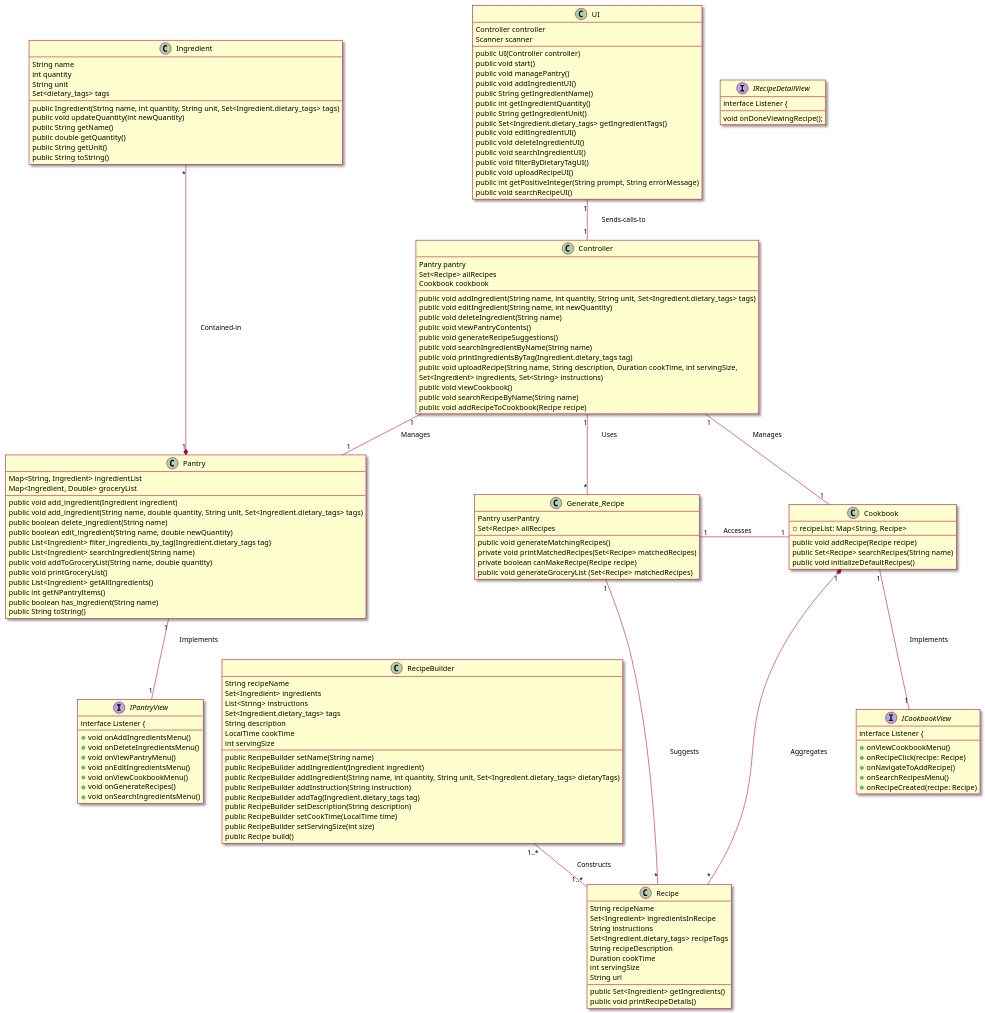
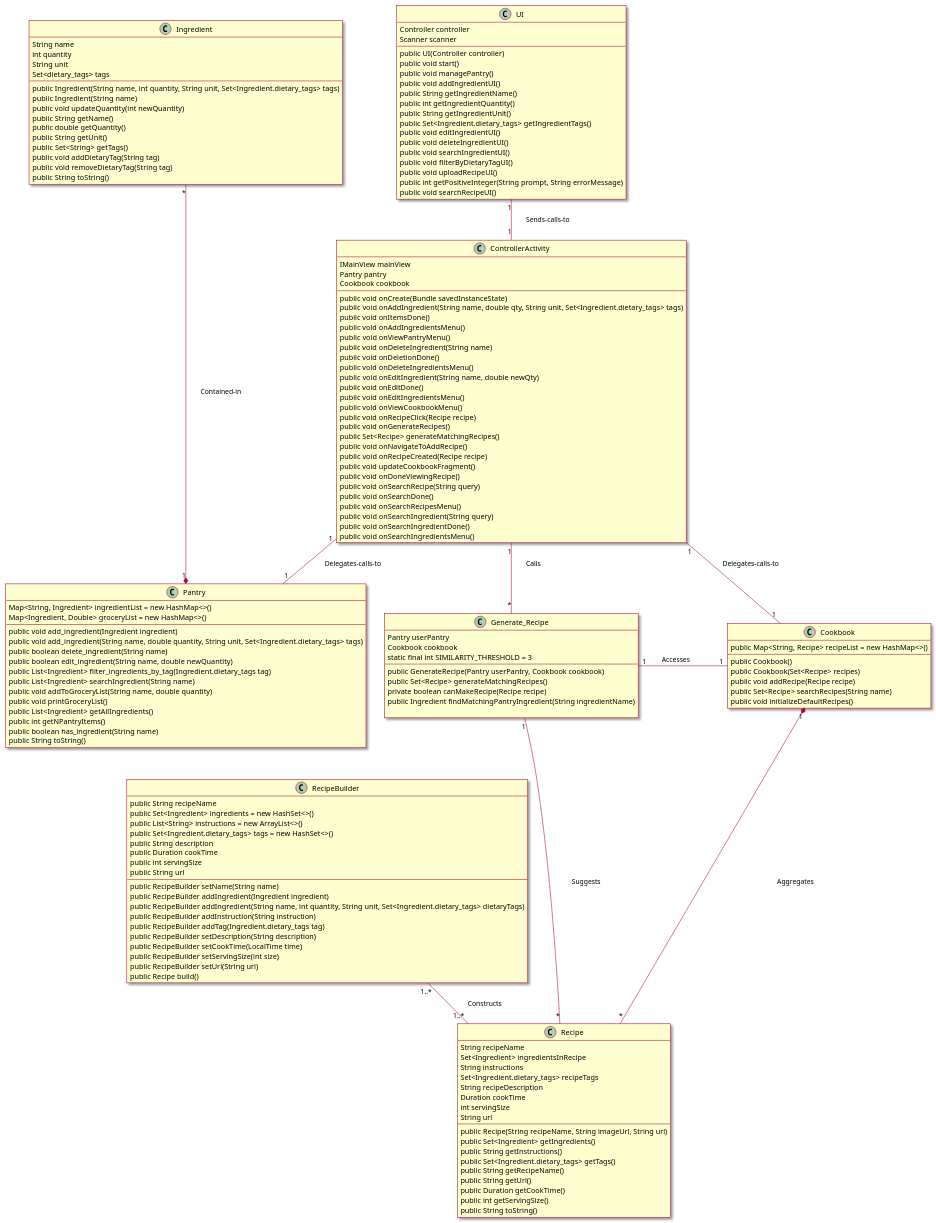
Before and after one commit to berthashipper/Pantry-Pal-Android-Application: the first of 2 diagrams in intellij/doc/class_diagram.md, drawn with PlantUML. The commit also changed other lines of this file and 3 other files, not shown here.

Commit message:
Updated Model-Controller class diagram to reflect code

```diff
--- a/intellij/doc/class_diagram.md
+++ b/intellij/doc/class_diagram.md
@@ -14,16 +14,20 @@
     Set<dietary_tags> tags
     __
     public Ingredient(String name, int quantity, String unit, Set<Ingredient.dietary_tags> tags)
+    public Ingredient(String name)
     public void updateQuantity(int newQuantity)
     public String getName()
     public double getQuantity()
     public String getUnit()
+    public Set<String> getTags()
+    public void addDietaryTag(String tag)
+    public void removeDietaryTag(String tag)
     public String toString()
 }
 
 class Pantry{
-    Map<String, Ingredient> ingredientList
-    Map<Ingredient, Double> groceryList
+    Map<String, Ingredient> ingredientList = new HashMap<>()
+    Map<Ingredient, Double> groceryList = new HashMap<>()
     --
     public void add_ingredient(Ingredient ingredient)
     public void add_ingredient(String name, double quantity, String unit, Set<Ingredient.dietary_tags> tags)
@@ -49,18 +53,26 @@
     int servingSize
     String url
     --
+    public Recipe(String recipeName, String imageUrl, String url)
     public Set<Ingredient> getIngredients()
-    public void printRecipeDetails()
+    public String getInstructions()
+    public Set<Ingredient.dietary_tags> getTags()
+    public String getRecipeName()
+    public String getUrl()
+    public Duration getCookTime()
+    public int getServingSize()
+    public String toString()
 }
 
 class RecipeBuilder{
-    String recipeName
-    Set<Ingredient> ingredients
-    List<String> instructions
-    Set<Ingredient.dietary_tags> tags
-    String description
-    LocalTime cookTime
-    int servingSize
+    public String recipeName
+    public Set<Ingredient> ingredients = new HashSet<>()
+    public List<String> instructions = new ArrayList<>()
+    public Set<Ingredient.dietary_tags> tags = new HashSet<>()
+    public String description
+    public Duration cookTime
+    public int servingSize
+    public String url
     --
     public RecipeBuilder setName(String name)
     public RecipeBuilder addIngredient(Ingredient ingredient)
@@ -70,18 +82,20 @@
     public RecipeBuilder setDescription(String description)
     public RecipeBuilder setCookTime(LocalTime time)
     public RecipeBuilder setServingSize(int size)
+    public RecipeBuilder setUrl(String url)
     public Recipe build()
 }
 
-
 class Generate_Recipe{
     Pantry userPantry
-    Set<Recipe> allRecipes
+    Cookbook cookbook
+    static final int SIMILARITY_THRESHOLD = 3    
     --
-    public void generateMatchingRecipes()
-    private void printMatchedRecipes(Set<Recipe> matchedRecipes)
+    public GenerateRecipe(Pantry userPantry, Cookbook cookbook)
+    public Set<Recipe> generateMatchingRecipes()
     private boolean canMakeRecipe(Recipe recipe)
-    public void generateGroceryList (Set<Recipe> matchedRecipes)
+    public Ingredient findMatchingPantryIngredient(String ingredientName)
+    
 }
 
 class UI {
@@ -105,69 +119,58 @@
     public void searchRecipeUI()
 }
 
-class Controller {
+class ControllerActivity {
+    IMainView mainView
     Pantry pantry
-    Set<Recipe> allRecipes
     Cookbook cookbook
     --
-    public void addIngredient(String name, int quantity, String unit, Set<Ingredient.dietary_tags> tags)
-    public void editIngredient(String name, int newQuantity)
-    public void deleteIngredient(String name)
-    public void viewPantryContents()
-    public void generateRecipeSuggestions()
-    public void searchIngredientByName(String name)
-    public void printIngredientsByTag(Ingredient.dietary_tags tag)
-    public void uploadRecipe(String name, String description, Duration cookTime, int servingSize,
-                              Set<Ingredient> ingredients, Set<String> instructions)
-    public void viewCookbook()
-    public void searchRecipeByName(String name)
-    public void addRecipeToCookbook(Recipe recipe)
+    public void onCreate(Bundle savedInstanceState)
+    public void onAddIngredient(String name, double qty, String unit, Set<Ingredient.dietary_tags> tags)
+    public void onItemsDone()
+    public void onAddIngredientsMenu()
+    public void onViewPantryMenu()
+    public void onDeleteIngredient(String name)
+    public void onDeletionDone()
+    public void onDeleteIngredientsMenu()
+    public void onEditIngredient(String name, double newQty)
+    public void onEditDone()
+    public void onEditIngredientsMenu()
+    public void onViewCookbookMenu()
+    public void onRecipeClick(Recipe recipe)
+    public void onGenerateRecipes()
+    public Set<Recipe> generateMatchingRecipes()
+    public void onNavigateToAddRecipe()
+    public void onRecipeCreated(Recipe recipe)
+    public void updateCookbookFragment()
+    public void onDoneViewingRecipe()
+    public void onSearchRecipe(String query)
+    public void onSearchDone()
+    public void onSearchRecipesMenu()
+    public void onSearchIngredient(String query)
+    public void onSearchIngredientDone()
+    public void onSearchIngredientsMenu()
 }
 
 class Cookbook {
-    - recipeList: Map<String, Recipe>
+    public Map<String, Recipe> recipeList = new HashMap<>()
     --
+    public Cookbook()
+    public Cookbook(Set<Recipe> recipes)
     public void addRecipe(Recipe recipe)
     public Set<Recipe> searchRecipes(String name)
     public void initializeDefaultRecipes()
 }
 
-interface IPantryView {
-interface Listener {
-        + void onAddIngredientsMenu()
-        + void onDeleteIngredientsMenu()
-        + void onViewPantryMenu()
-        + void onEditIngredientsMenu()
-        + void onViewCookbookMenu()
-        + void onGenerateRecipes()
-        + void onSearchIngredientsMenu()    
-}
-
-interface ICookbookView {
-    interface Listener {
-        +onViewCookbookMenu()
-        +onRecipeClick(recipe: Recipe)
-        +onNavigateToAddRecipe()
-        +onSearchRecipesMenu()
-        +onRecipeCreated(recipe: Recipe)
-}
-
-interface IRecipeDetailView {
-    interface Listener {
-        void onDoneViewingRecipe();
-}
     
     
 ' associations
-UI "1" -down- "1" Controller : \tSends-calls-to\t\t
+UI "1" -down- "1" ControllerActivity : \tSends-calls-to\t\t
 
-Controller "1" -right- "*" Generate_Recipe : \tUses\t\t
-Controller "1" -down- "1" Pantry : \tManages\t\t
-Controller "1" -down- "1" Cookbook : \tManages\t\t
+ControllerActivity "1" -right- "*" Generate_Recipe : \tCalls\t\t
+ControllerActivity "1" -down- "1" Pantry : \tDelegates-calls-to\t\t
+ControllerActivity "1" -down- "1" Cookbook : \tDelegates-calls-to\t\t
 
 Pantry "1" *--up- "*" Ingredient : \tContained-in\t\t
-Pantry "1" -down- "1" IPantryView : \tImplements\t\t
-Cookbook "1" -down- "1" ICookbookView : \tImplements\t\t
 RecipeBuilder "1..*" -down- "1..*" Recipe : \tConstructs\t\t
 Generate_Recipe "1" -down "*" Recipe : \tSuggests\t\t
 Generate_Recipe "1" -down "1" Cookbook : \tAccesses\t\t
```
